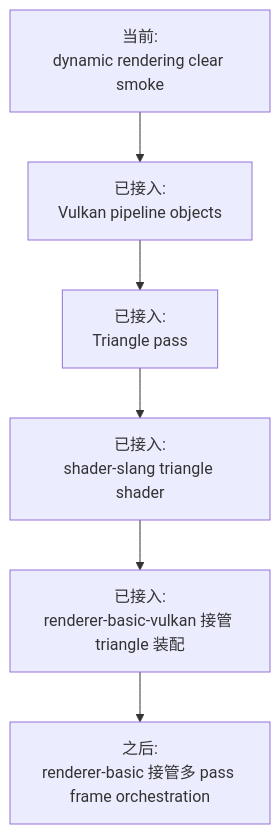
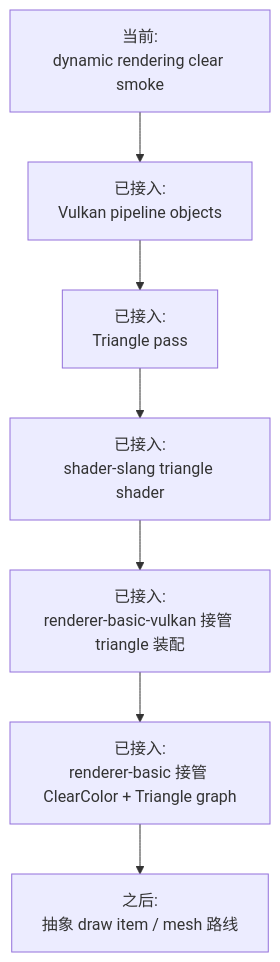
The ninth of 9 diagrams in docs/flow-architecture.md (66six11/Engine), drawn with Mermaid before and after one commit. The commit also changed other lines of this file and 2 other files, not shown here.

Commit message:
Record triangle smoke as multi-pass graph

````diff
--- a/docs/flow-architecture.md
+++ b/docs/flow-architecture.md
@@ -258,11 +260,12 @@
 ```mermaid
 flowchart TD
     Now["当前:<br/>dynamic rendering clear smoke"]
     Step1["已接入:<br/>Vulkan pipeline objects"]
     Step2["已接入:<br/>Triangle pass"]
     Step3["已接入:<br/>shader-slang triangle shader"]
     Step4["已接入:<br/>renderer-basic-vulkan 接管 triangle 装配"]
-    Step5["之后:<br/>renderer-basic 接管多 pass frame orchestration"]
+    Step5["已接入:<br/>renderer-basic 接管 ClearColor + Triangle graph"]
+    Step6["之后:<br/>抽象 draw item / mesh 路线"]
 
-    Now --> Step1 --> Step2 --> Step3 --> Step4 --> Step5
+    Now --> Step1 --> Step2 --> Step3 --> Step4 --> Step5 --> Step6
 ```
````
